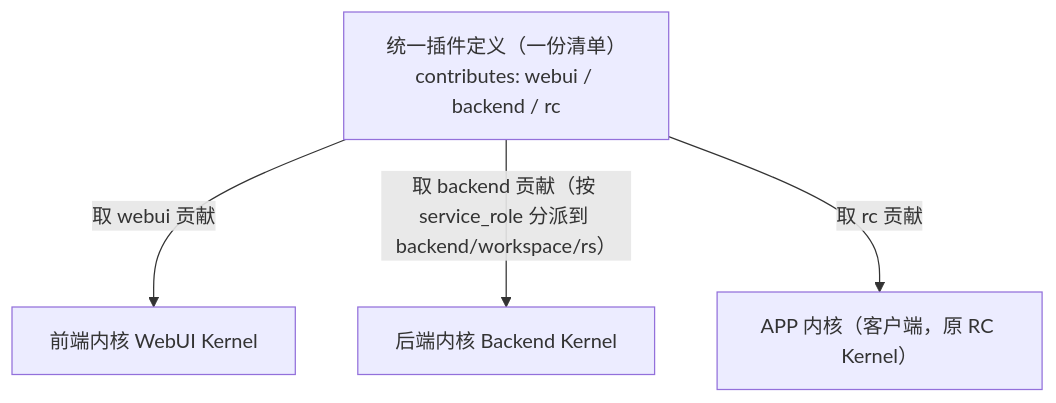
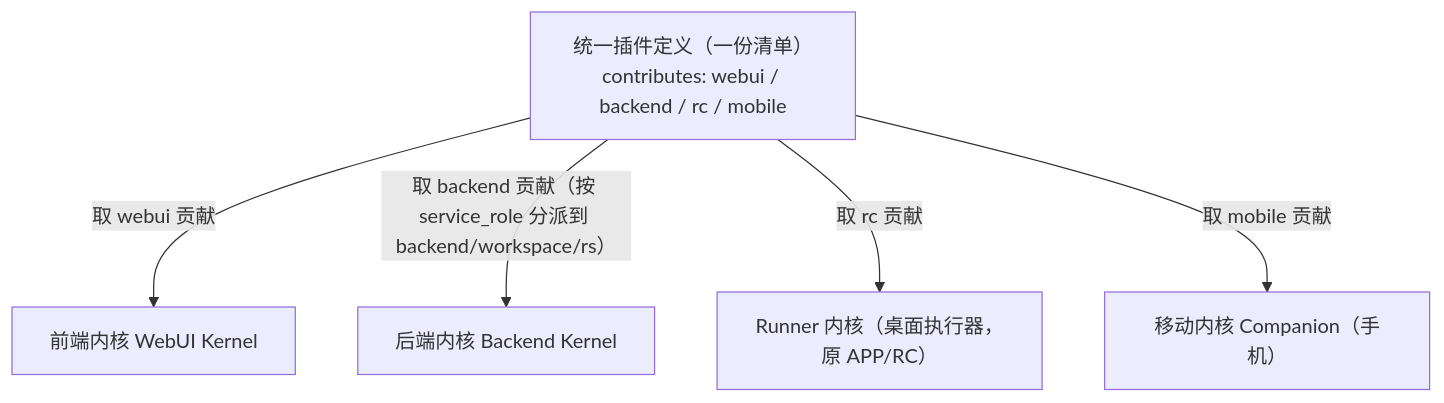
The first of 3 diagrams in docs/dev/architecture/插件契约与协议.md (yandt/VastPlan), drawn with Mermaid before and after one commit. The commit also changed other lines of this file and 6 other files, not shown here.

First line of the commit message:
docs: 内核由三扩为四（ADR-0014）——拆出 Runner 内核与移动 Companion 内核

````diff
--- a/docs/dev/architecture/插件契约与协议.md
+++ b/docs/dev/architecture/插件契约与协议.md
@@ -14,7 +14,8 @@
 ```mermaid
 flowchart TB
-  M["统一插件定义（一份清单）<br/>contributes: webui / backend / rc"]
+  M["统一插件定义（一份清单）<br/>contributes: webui / backend / rc / mobile"]
   M -->|取 webui 贡献| WK["前端内核 WebUI Kernel"]
   M -->|取 backend 贡献（按 service_role 分派到 backend/workspace/rs）| BK["后端内核 Backend Kernel"]
-  M -->|取 rc 贡献| RK["APP 内核（客户端，原 RC Kernel）"]
+  M -->|取 rc 贡献| RK["Runner 内核（桌面执行器，原 APP/RC）"]
+  M -->|取 mobile 贡献| MK["移动内核 Companion（手机）"]
 ```
````
